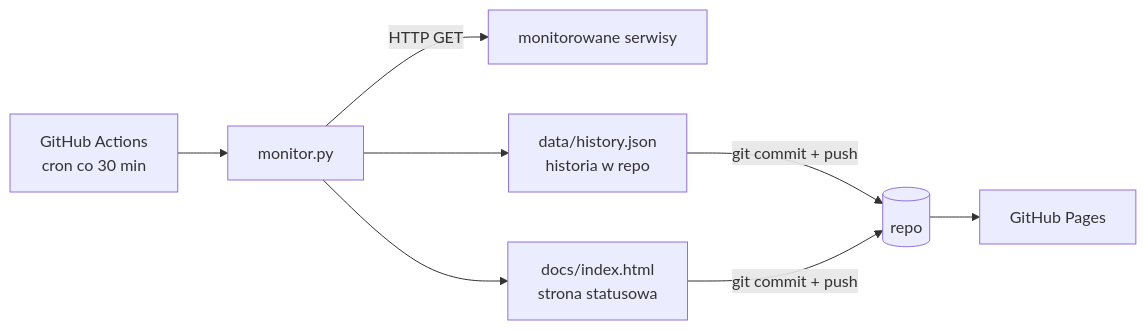
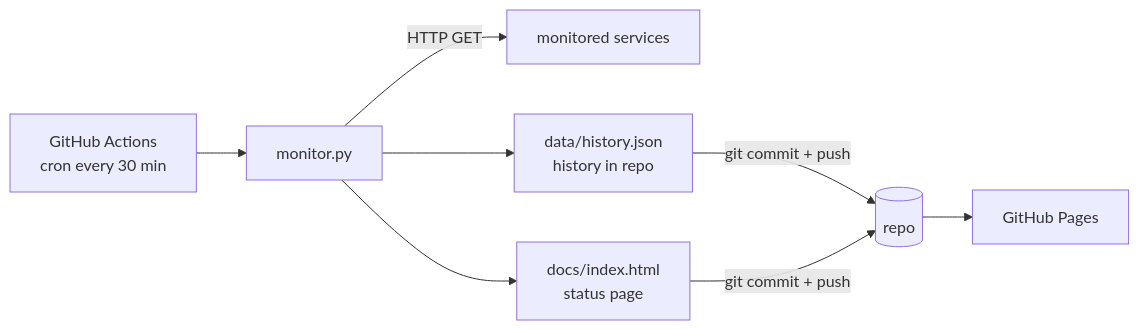
Before and after one commit to mcjkrok/status-watch: the diagram in README.md, drawn with Mermaid. The commit also changed other lines of this file, not shown here.

````diff
--- a/README.md
+++ b/README.md
@@ -11,9 +11,9 @@
 ```mermaid
 flowchart LR
-    CRON[GitHub Actions<br/>cron co 30 min] --> M[monitor.py]
-    M -->|HTTP GET| S1[monitorowane serwisy]
-    M --> H[data/history.json<br/>historia w repo]
-    M --> P[docs/index.html<br/>strona statusowa]
+    CRON[GitHub Actions<br/>cron every 30 min] --> M[monitor.py]
+    M -->|HTTP GET| S1[monitored services]
+    M --> H[data/history.json<br/>history in repo]
+    M --> P[docs/index.html<br/>status page]
     H & P -->|git commit + push| REPO[(repo)]
     REPO --> PAGES[GitHub Pages]
 ```
````
